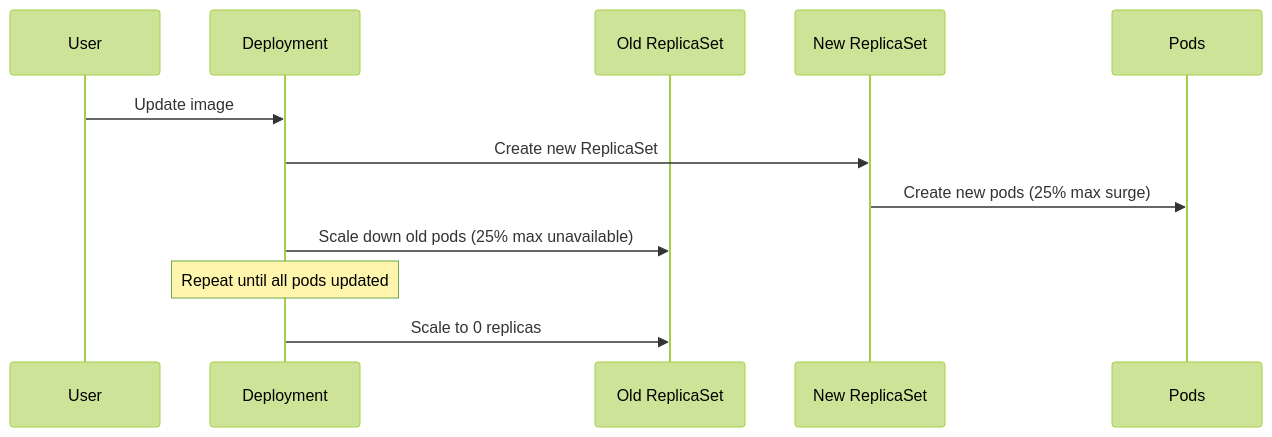
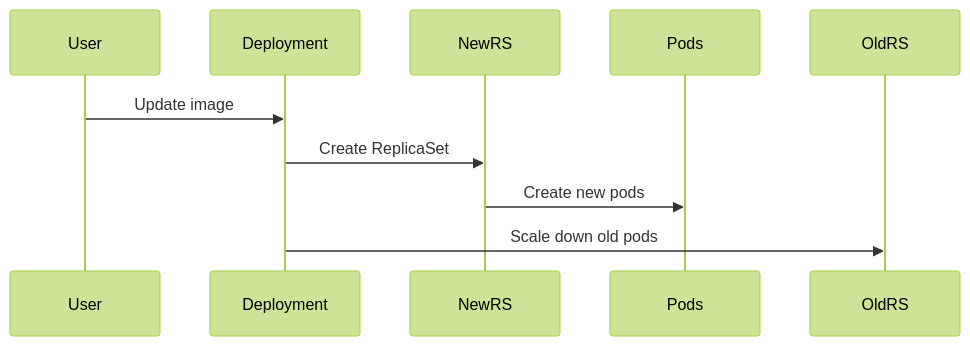
One commit to AnilPatel13/Docker-Kubernethes changed the second of 2 diagrams in Kubernethes/Kubernethes Replicaset and Deployments/README.md. Above: the diagram before and after it, drawn with Mermaid (forest theme). The commit also changed other lines of this file and 1 other file, not shown here.

Commit message:
adding the replicaset and deployment.

````diff
--- a/Kubernethes/Kubernethes Replicaset and Deployments/README.md
+++ b/Kubernethes/Kubernethes Replicaset and Deployments/README.md
@@ -191,15 +88,7 @@
 ```mermaid
 sequenceDiagram
-    participant User
-    participant Deployment
-    participant OldRS as Old ReplicaSet
-    participant NewRS as New ReplicaSet
-    participant Pods
-    
     User->>Deployment: Update image
-    Deployment->>NewRS: Create new ReplicaSet
-    NewRS->>Pods: Create new pods (25% max surge)
-    Deployment->>OldRS: Scale down old pods (25% max unavailable)
-    Note over Deployment: Repeat until all pods updated
-    Deployment->>OldRS: Scale to 0 replicas
+    Deployment->>NewRS: Create ReplicaSet
+    NewRS->>Pods: Create new pods
+    Deployment->>OldRS: Scale down old pods
 ```
````
